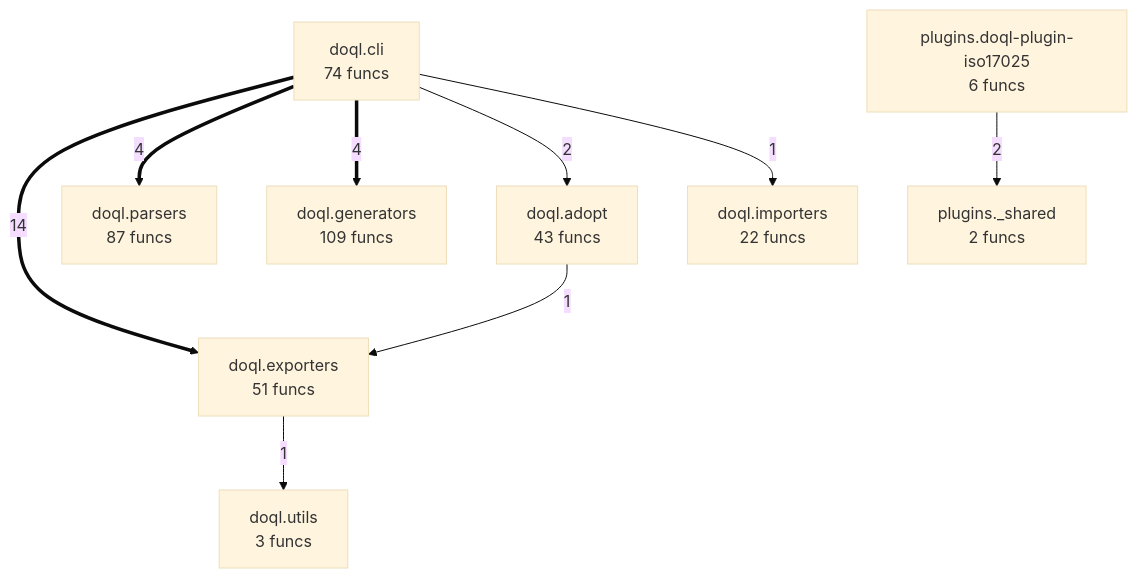
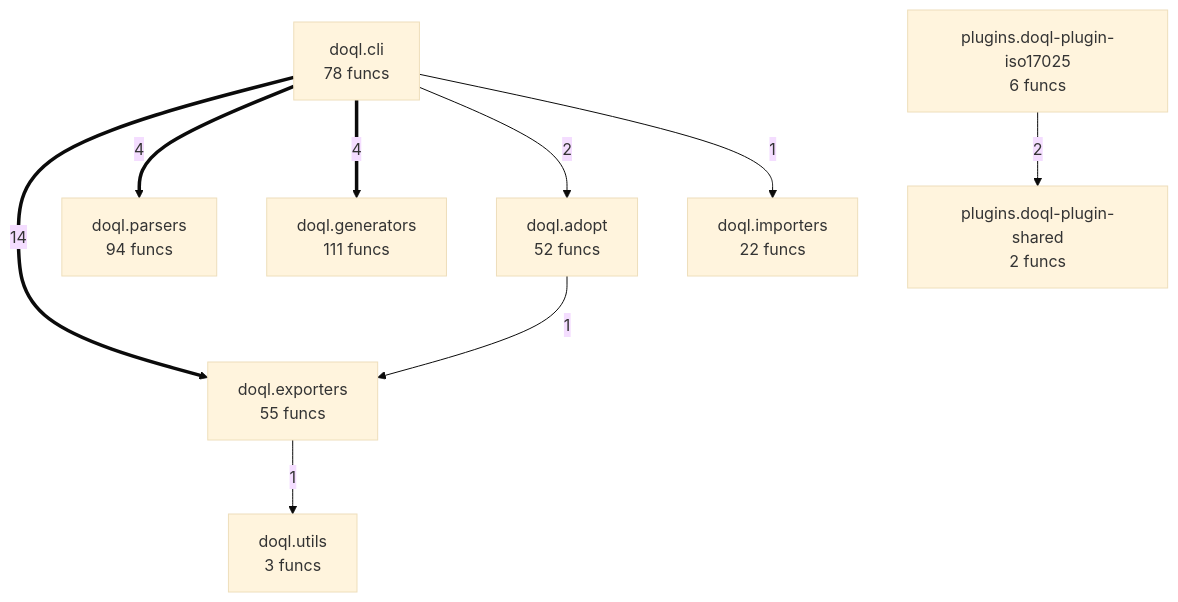
The diagram in project/compact_flow.mmd (oqlos/doql), drawn with Mermaid (base theme) before and after one commit. The commit also changed 18 other files, not shown here.

```diff
--- a/project/compact_flow.mmd
+++ b/project/compact_flow.mmd
@@ -1,18 +1,18 @@
 flowchart TD
-    doql__adopt["doql.adopt<br/>43 funcs"]
-    doql__cli["doql.cli<br/>74 funcs"]
-    doql__exporters["doql.exporters<br/>51 funcs"]
-    doql__generators["doql.generators<br/>109 funcs"]
+    doql__adopt["doql.adopt<br/>52 funcs"]
+    doql__cli["doql.cli<br/>78 funcs"]
+    doql__exporters["doql.exporters<br/>55 funcs"]
+    doql__generators["doql.generators<br/>111 funcs"]
     doql__importers["doql.importers<br/>22 funcs"]
-    doql__parsers["doql.parsers<br/>87 funcs"]
+    doql__parsers["doql.parsers<br/>94 funcs"]
     doql__utils["doql.utils<br/>3 funcs"]
-    plugins___shared["plugins._shared<br/>2 funcs"]
     plugins__doql_plugin_iso17025["plugins.doql-plugin-iso17025<br/>6 funcs"]
+    plugins__doql_plugin_shared["plugins.doql-plugin-shared<br/>2 funcs"]
     doql__cli ==>|14| doql__exporters
     doql__cli ==>|4| doql__parsers
     doql__cli ==>|4| doql__generators
-    plugins__doql_plugin_iso17025 -->|2| plugins___shared
+    plugins__doql_plugin_iso17025 -->|2| plugins__doql_plugin_shared
     doql__cli -->|2| doql__adopt
     doql__cli -->|1| doql__importers
     doql__exporters -->|1| doql__utils
     doql__adopt -->|1| doql__exporters
```
